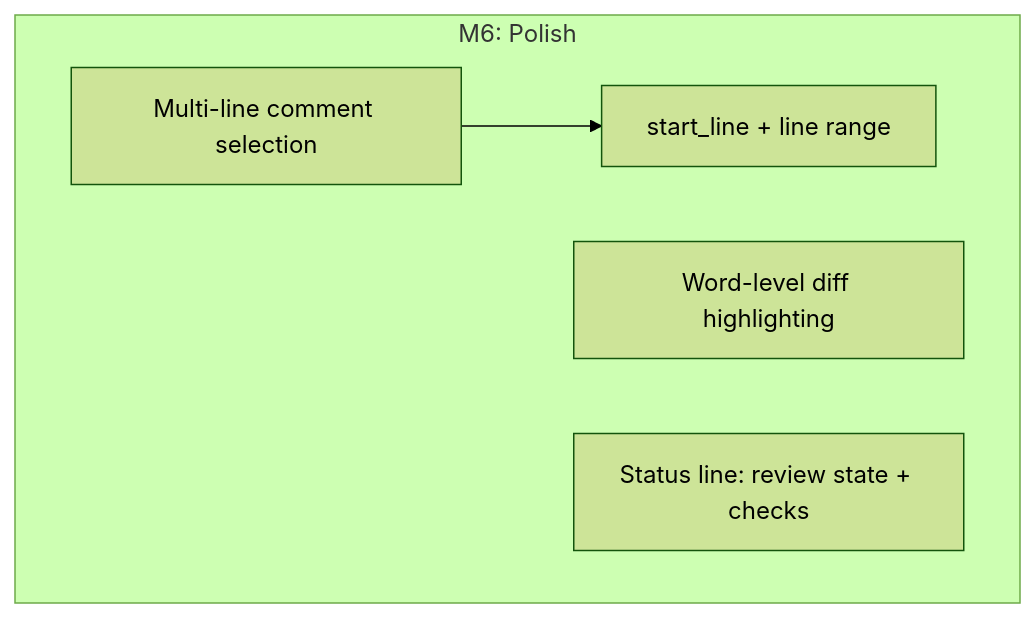
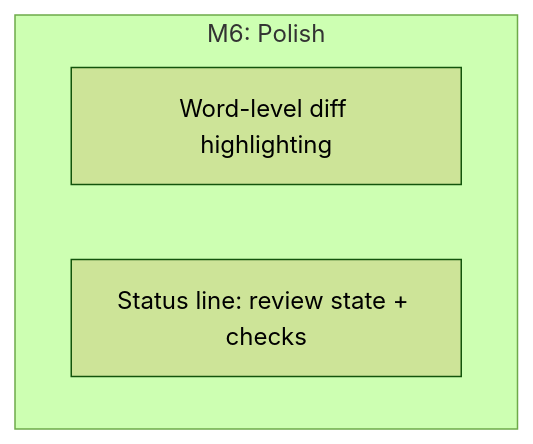
Before and after one commit to Neville-Loh/gh-review: the seventh of 9 diagrams in docs/ROADMAP.md, drawn with Mermaid (forest theme). The commit also changed other lines of this file and 16 other files, not shown here.

````diff
--- a/docs/ROADMAP.md
+++ b/docs/ROADMAP.md
@@ -221,8 +228,7 @@
 ```mermaid
 graph TD
     subgraph m6 [M6: Polish]
-        C3[Multi-line comment selection] --> C4["start_line + line range"]
         C7[Word-level diff highlighting]
         C9[Status line: review state + checks]
     end
 ```
````
